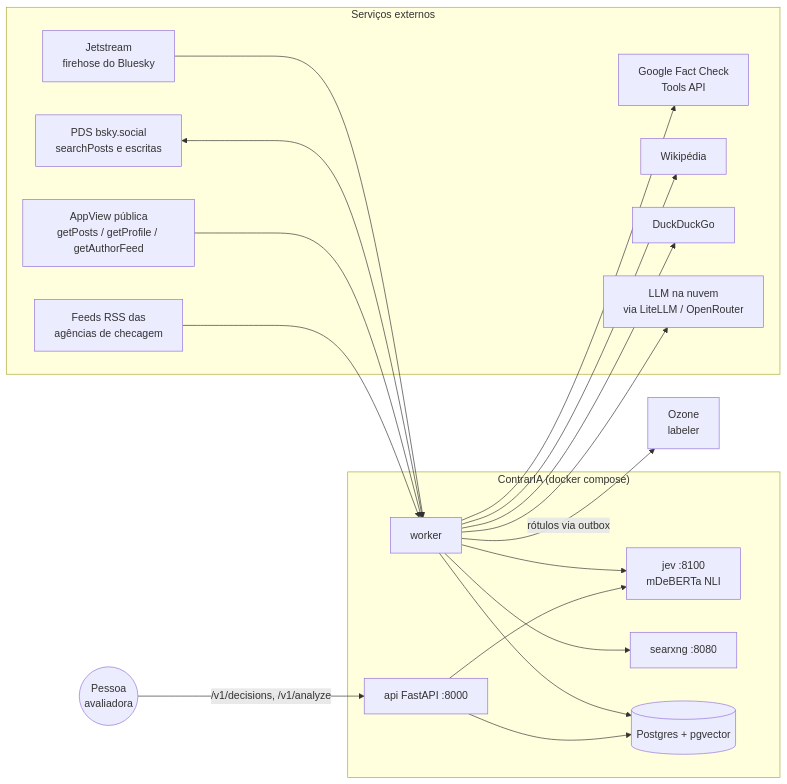
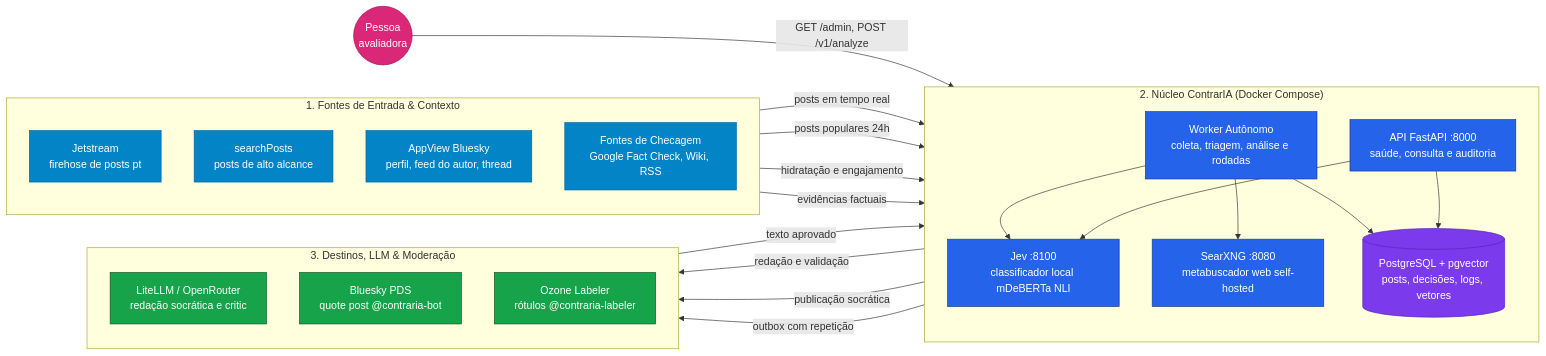
The first of 4 diagrams in docs/arquitetura/index.md (moonshinerd/ContrarIA), drawn with Mermaid before and after one commit. The commit also changed 1 other file, not shown here.

Commit message:
docs(arquitetura): reorganiza layout e fluxo dos diagramas mermaid

````diff
--- a/docs/arquitetura/index.md
+++ b/docs/arquitetura/index.md
@@ -14,38 +14,50 @@
 ```mermaid
 flowchart LR
-    subgraph Externo["Serviços externos"]
-        JS[Jetstream<br/>firehose do Bluesky]
-        PDS[PDS bsky.social<br/>searchPosts e escritas]
-        APP[AppView pública<br/>getPosts / getProfile / getAuthorFeed]
-        FC[Google Fact Check<br/>Tools API]
-        WP[Wikipédia]
-        DDG[DuckDuckGo]
-        RSSX[Feeds RSS das<br/>agências de checagem]
-        OR[LLM na nuvem<br/>via LiteLLM / OpenRouter]
+    classDef in fill:#0284c7,stroke:#0369a1,color:#fff
+    classDef core fill:#2563eb,stroke:#1e3a8a,color:#fff
+    classDef out fill:#16a34a,stroke:#14532d,color:#fff
+    classDef db fill:#7c3aed,stroke:#5b21b6,color:#fff
+    classDef human fill:#db2777,stroke:#9d174d,color:#fff
+
+    subgraph ENTRADA["1. Fontes de Entrada & Contexto"]
+        direction TB
+        JS["Jetstream<br/>firehose de posts pt"]:::in
+        SP["searchPosts<br/>posts de alto alcance"]:::in
+        AV["AppView Bluesky<br/>perfil, feed do autor, thread"]:::in
+        EV["Fontes de Checagem<br/>Google Fact Check, Wiki, RSS"]:::in
     end
 
-    subgraph ContrarIA["ContrarIA (docker compose)"]
-        W[worker]
-        A[api FastAPI :8000]
-        J[jev :8100<br/>mDeBERTa NLI]
-        SX[searxng :8080]
-        DB[(Postgres + pgvector)]
+    subgraph NUCLEO["2. Núcleo ContrarIA (Docker Compose)"]
+        direction TB
+        WK["Worker Autônomo<br/>coleta, triagem, análise e rodadas"]:::core
+        API["API FastAPI :8000<br/>saúde, consulta e auditoria"]:::core
+        JEV["Jev :8100<br/>classificador local mDeBERTa NLI"]:::core
+        SX["SearXNG :8080<br/>metabuscador web self-hosted"]:::core
+        DB[("PostgreSQL + pgvector<br/>posts, decisões, logs, vetores")]:::db
+
+        WK --> JEV
+        WK --> SX
+        WK --> DB
+        API --> DB
+        API --> JEV
     end
 
-    OZ[Ozone<br/>labeler]
-    U((Pessoa<br/>avaliadora))
+    subgraph SAIDA["3. Destinos, LLM & Moderação"]
+        direction TB
+        LLM["LiteLLM / OpenRouter<br/>redação socrática e critic"]:::out
+        QP["Bluesky PDS<br/>quote post @contraria-bot"]:::out
+        OZ["Ozone Labeler<br/>rótulos @contraria-labeler"]:::out
+    end
 
-    JS --> W
-    PDS <--> W
-    APP --> W
-    W --> J
-    W --> SX
-    W --> DB
-    W --> FC & WP & DDG
-    RSSX --> W
-    W --> OR
-    W -- rótulos via outbox --> OZ
-    U -- /v1/decisions, /v1/analyze --> A
-    A --> DB
-    A --> J
+    USER(("Pessoa<br/>avaliadora")):::human -->|GET /admin, POST /v1/analyze| API
+
+    JS -->|posts em tempo real| WK
+    SP -->|posts populares 24h| WK
+    AV -->|hidratação e engajamento| WK
+    EV -->|evidências factuais| WK
+
+    WK -->|redação e validação| LLM
+    LLM -->|texto aprovado| WK
+    WK -->|publicação socrática| QP
+    WK -->|outbox com repetição| OZ
 ```
````
